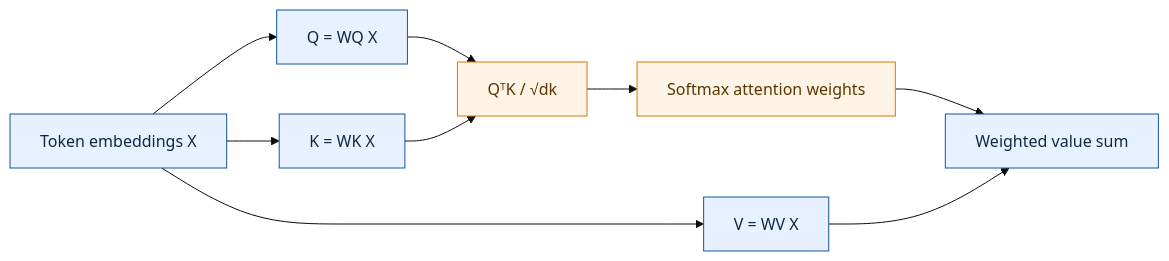
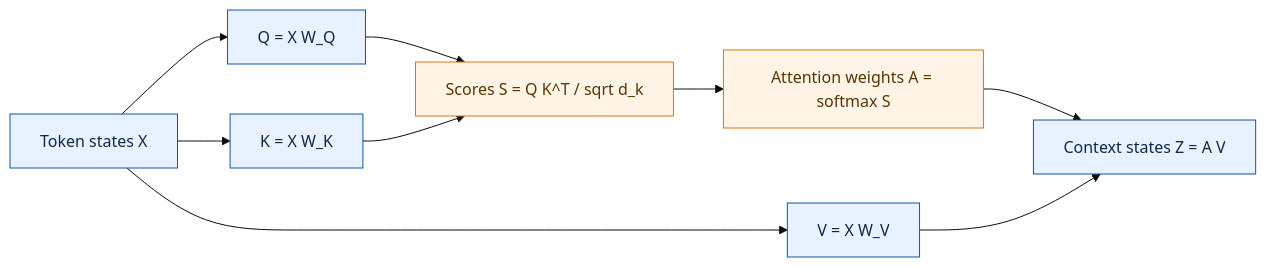
The diagram in portal/public/assets/attention-pipeline.mmd (hrmiitm/llm), drawn with Mermaid (base theme) before and after one commit. The commit also changed 59 other files, not shown here.

Commit message:
fix learning diagrams and portal rendering

```diff
--- a/portal/public/assets/attention-pipeline.mmd
+++ b/portal/public/assets/attention-pipeline.mmd
@@ -1,14 +1,14 @@
 flowchart LR
-    X[Token embeddings X] --> Q[Q = WQ X]
-    X --> K[K = WK X]
-    X --> V[V = WV X]
-    Q --> S[QᵀK / √dk]
+    X[Token states X] --> Q[Q = X W_Q]
+    X --> K[K = X W_K]
+    X --> V[V = X W_V]
+    Q --> S[Scores S = Q K^T / sqrt d_k]
     K --> S
-    S --> A[Softmax attention weights]
-    A --> C[Weighted value sum]
-    V --> C
+    S --> A[Attention weights A = softmax S]
+    A --> Z[Context states Z = A V]
+    V --> Z
 
     classDef tensor fill:#e8f1ff,stroke:#1355a6,color:#102a43;
     classDef op fill:#fff4e5,stroke:#d97706,color:#5b3500;
-    class X,Q,K,V,C tensor;
+    class X,Q,K,V,Z tensor;
     class S,A op;
```
